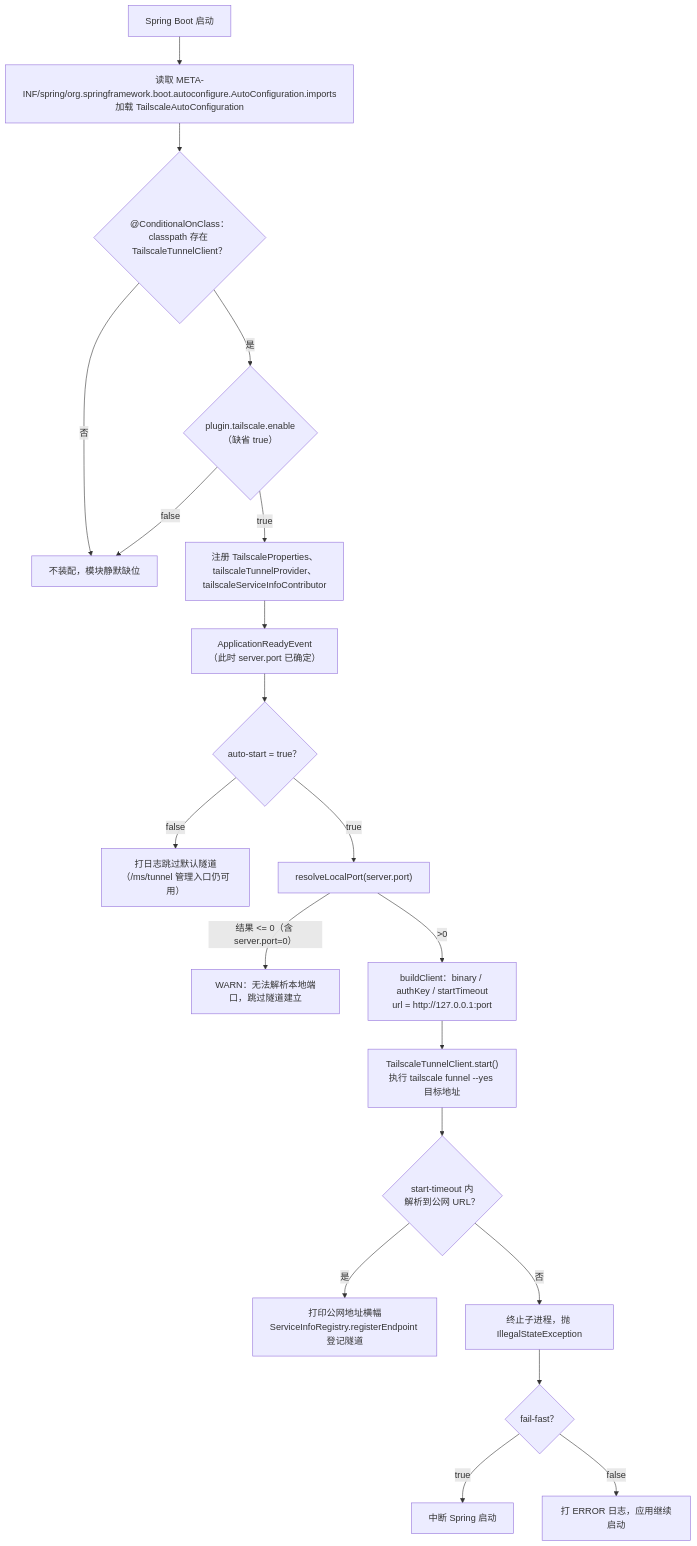
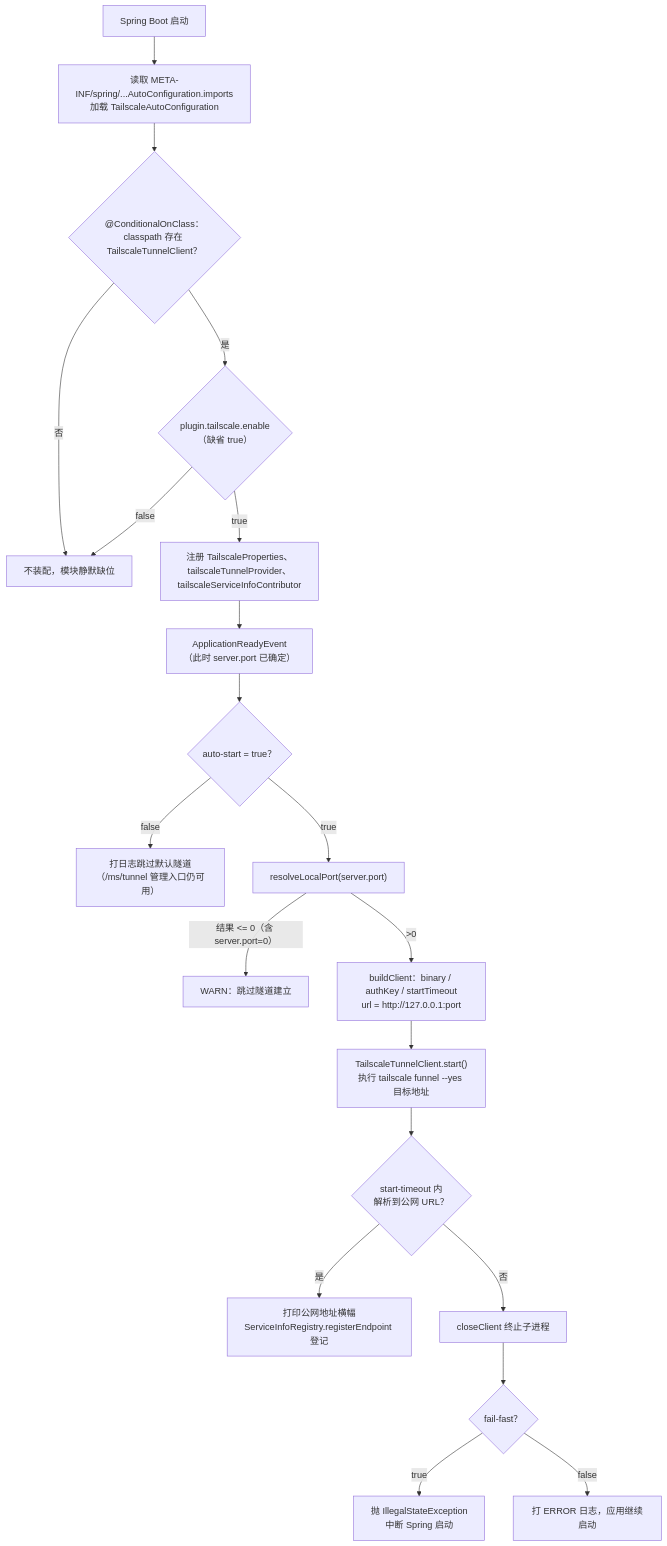
The second of 2 diagrams in spring-support-tunnel-tailscale-starter/README.md (CHTK001/spring-support-parent-starter), drawn with Mermaid before and after one commit. The commit also changed other lines of this file and 54 other files, not shown here.

````diff
--- a/spring-support-tunnel-tailscale-starter/README.md
+++ b/spring-support-tunnel-tailscale-starter/README.md
@@ -78,22 +49,22 @@
 ```mermaid
 flowchart TD
-    S["Spring Boot 启动"] --> I["读取 META-INF/spring/org.springframework.boot.autoconfigure.AutoConfiguration.imports<br/>加载 TailscaleAutoConfiguration"]
+    S["Spring Boot 启动"] --> I["读取 META-INF/spring/...AutoConfiguration.imports<br/>加载 TailscaleAutoConfiguration"]
     I --> C1{"@ConditionalOnClass：<br/>classpath 存在 TailscaleTunnelClient？"}
     C1 -->|否| SKIP["不装配，模块静默缺位"]
     C1 -->|是| C2{"plugin.tailscale.enable<br/>（缺省 true）"}
     C2 -->|false| SKIP
-    C2 -->|true| REG["注册 TailscaleProperties、<br/>tailscaleTunnelProvider、tailscaleServiceInfoContributor"]
+    C2 -->|true| REG["注册 TailscaleProperties、tailscaleTunnelProvider、<br/>tailscaleServiceInfoContributor"]
     REG --> READY["ApplicationReadyEvent<br/>（此时 server.port 已确定）"]
     READY --> AS{"auto-start = true？"}
     AS -->|false| LOG1["打日志跳过默认隧道<br/>（/ms/tunnel 管理入口仍可用）"]
     AS -->|true| PORT["resolveLocalPort(server.port)"]
-    PORT -->|"结果 <= 0（含 server.port=0）"| LOG2["WARN：无法解析本地端口，跳过隧道建立"]
+    PORT -->|"结果 <= 0（含 server.port=0）"| LOG2["WARN：跳过隧道建立"]
     PORT -->|">0"| BC["buildClient：binary / authKey / startTimeout<br/>url = http://127.0.0.1:port"]
     BC --> ST["TailscaleTunnelClient.start()<br/>执行 tailscale funnel --yes 目标地址"]
     ST --> WU{"start-timeout 内<br/>解析到公网 URL？"}
-    WU -->|是| OK["打印公网地址横幅<br/>ServiceInfoRegistry.registerEndpoint 登记隧道"]
-    WU -->|否| ERR["终止子进程，抛 IllegalStateException"]
+    WU -->|是| OK["打印公网地址横幅<br/>ServiceInfoRegistry.registerEndpoint 登记"]
+    WU -->|否| ERR["closeClient 终止子进程"]
     ERR --> FF{"fail-fast？"}
-    FF -->|true| STOP["中断 Spring 启动"]
+    FF -->|true| STOP["抛 IllegalStateException<br/>中断 Spring 启动"]
     FF -->|false| LOG3["打 ERROR 日志，应用继续启动"]
 ```
````
